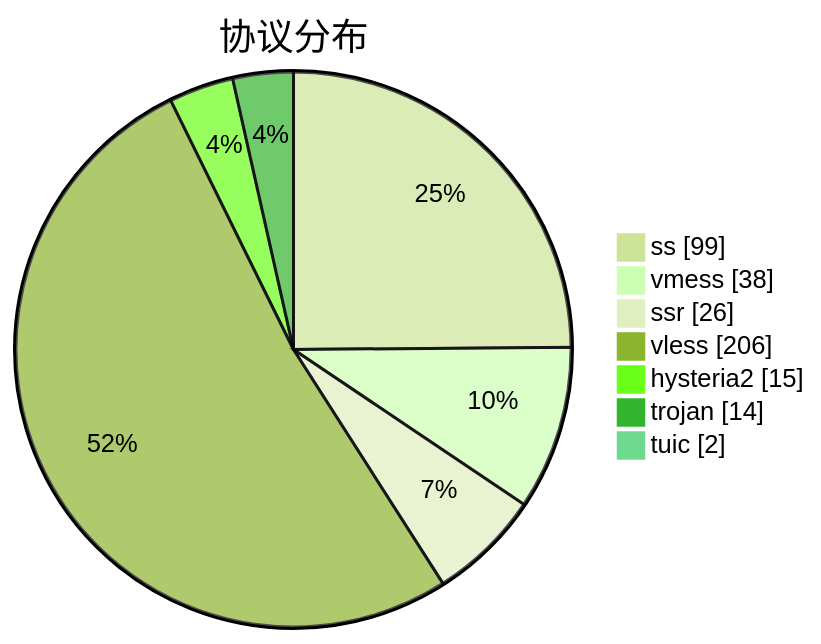
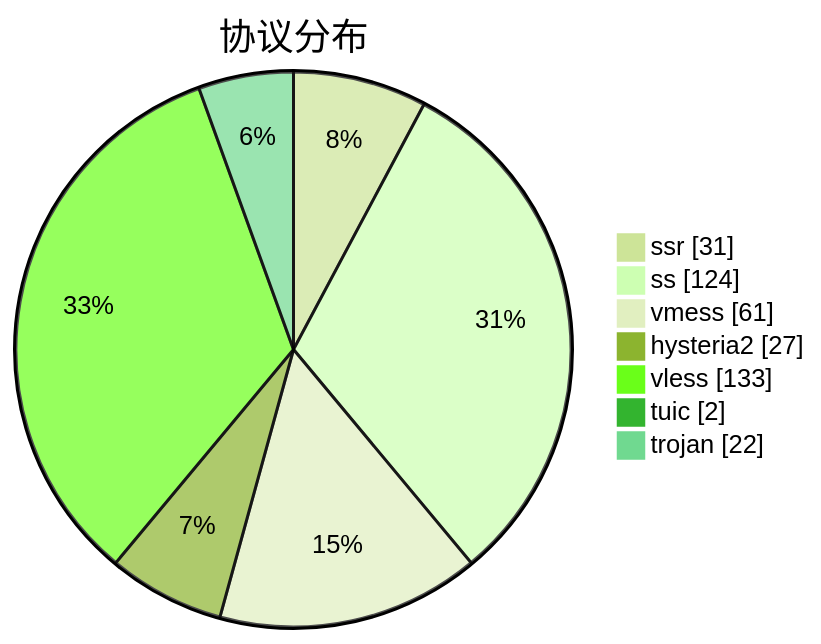
The third of 3 diagrams in subs/statistics/tested_within.md (qjlxg/airport), drawn with Mermaid (forest theme) before and after one commit. The commit also changed other lines of this file and 2 other files, not shown here.

````diff
--- a/subs/statistics/tested_within.md
+++ b/subs/statistics/tested_within.md
@@ -33,11 +38,11 @@
 ```mermaid
 pie showData
 title 协议分布
-"ss" : 99
-"vmess" : 38
-"ssr" : 26
-"vless" : 206
-"hysteria2" : 15
-"trojan" : 14
+"ssr" : 31
+"ss" : 124
+"vmess" : 61
+"hysteria2" : 27
+"vless" : 133
 "tuic" : 2
+"trojan" : 22
 ```
````
